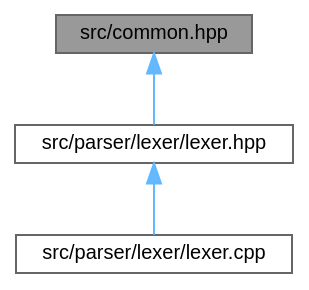
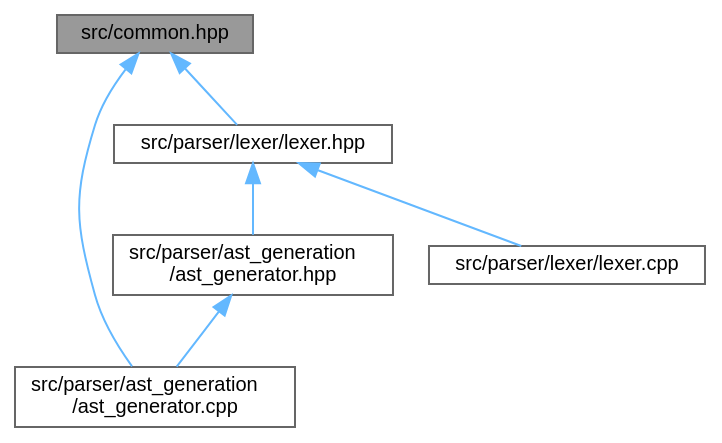
The diagram in pebbl/docs/common_8hpp__dep__incl.dot (kejunp/kejunp.github.io), drawn with Graphviz before and after one commit. The commit also changed 121 other files, not shown here.

```diff
--- a/pebbl/docs/common_8hpp__dep__incl.dot
+++ b/pebbl/docs/common_8hpp__dep__incl.dot
@@ -1,12 +1,17 @@
 digraph "src/common.hpp"
 {
  // LATEX_PDF_SIZE
   bgcolor="transparent";
   edge [fontname=Helvetica,fontsize=10,labelfontname=Helvetica,labelfontsize=10];
   node [fontname=Helvetica,fontsize=10,shape=box,height=0.2,width=0.4];
   Node1 [id="Node000001",label="src/common.hpp",height=0.2,width=0.4,color="gray40", fillcolor="grey60", style="filled", fontcolor="black",tooltip=" "];
   Node1 -> Node2 [id="edge1_Node000001_Node000002",dir="back",color="steelblue1",style="solid",tooltip=" "];
-  Node2 [id="Node000002",label="src/parser/lexer/lexer.hpp",height=0.2,width=0.4,color="grey40", fillcolor="white", style="filled",URL="$lexer_8hpp.html",tooltip=" "];
-  Node2 -> Node3 [id="edge2_Node000002_Node000003",dir="back",color="steelblue1",style="solid",tooltip=" "];
-  Node3 [id="Node000003",label="src/parser/lexer/lexer.cpp",height=0.2,width=0.4,color="grey40", fillcolor="white", style="filled",URL="$lexer_8cpp.html",tooltip=" "];
+  Node2 [id="Node000002",label="src/parser/ast_generation\l/ast_generator.cpp",height=0.2,width=0.4,color="grey40", fillcolor="white", style="filled",URL="$ast__generator_8cpp.html",tooltip=" "];
+  Node1 -> Node3 [id="edge2_Node000001_Node000003",dir="back",color="steelblue1",style="solid",tooltip=" "];
+  Node3 [id="Node000003",label="src/parser/lexer/lexer.hpp",height=0.2,width=0.4,color="grey40", fillcolor="white", style="filled",URL="$lexer_8hpp.html",tooltip=" "];
+  Node3 -> Node4 [id="edge3_Node000003_Node000004",dir="back",color="steelblue1",style="solid",tooltip=" "];
+  Node4 [id="Node000004",label="src/parser/ast_generation\l/ast_generator.hpp",height=0.2,width=0.4,color="grey40", fillcolor="white", style="filled",URL="$ast__generator_8hpp.html",tooltip=" "];
+  Node4 -> Node2 [id="edge4_Node000004_Node000002",dir="back",color="steelblue1",style="solid",tooltip=" "];
+  Node3 -> Node5 [id="edge5_Node000003_Node000005",dir="back",color="steelblue1",style="solid",tooltip=" "];
+  Node5 [id="Node000005",label="src/parser/lexer/lexer.cpp",height=0.2,width=0.4,color="grey40", fillcolor="white", style="filled",URL="$lexer_8cpp.html",tooltip=" "];
 }
```
